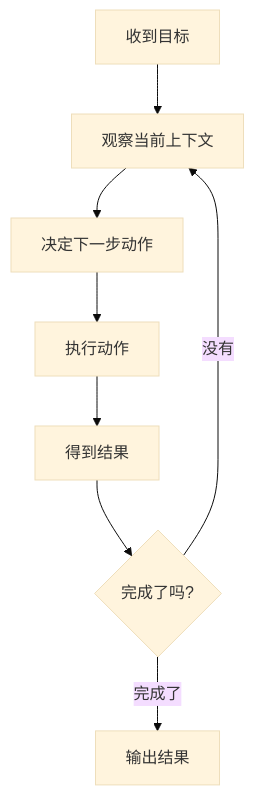
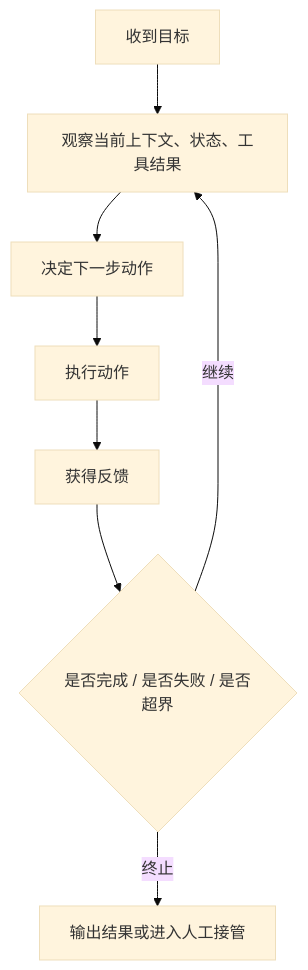
One commit to qxq1997/learning_stuff changed the diagram in AI Agent/04_决策循环：ReAct、Plan-Execute 与终止条件.md. Above: the diagram before and after it, drawn with Mermaid (base theme). The commit also changed other lines of this file and 6 other files, not shown here.

````diff
--- a/AI Agent/04_决策循环：ReAct、Plan-Execute 与终止条件.md
+++ b/AI Agent/04_决策循环：ReAct、Plan-Execute 与终止条件.md
@@ -32,10 +58,10 @@
 ```mermaid
 flowchart TD
-    A["收到目标"] --> B["观察当前上下文"]
+    A["收到目标"] --> B["观察当前上下文、状态、工具结果"]
     B --> C["决定下一步动作"]
     C --> D["执行动作"]
-    D --> E["得到结果"]
-    E --> F{"完成了吗?"}
-    F -- "没有" --> B
-    F -- "完成了" --> G["输出结果"]
+    D --> E["获得反馈"]
+    E --> F{"是否完成 / 是否失败 / 是否超界"}
+    F -- "继续" --> B
+    F -- "终止" --> G["输出结果或进入人工接管"]
 ```
````
